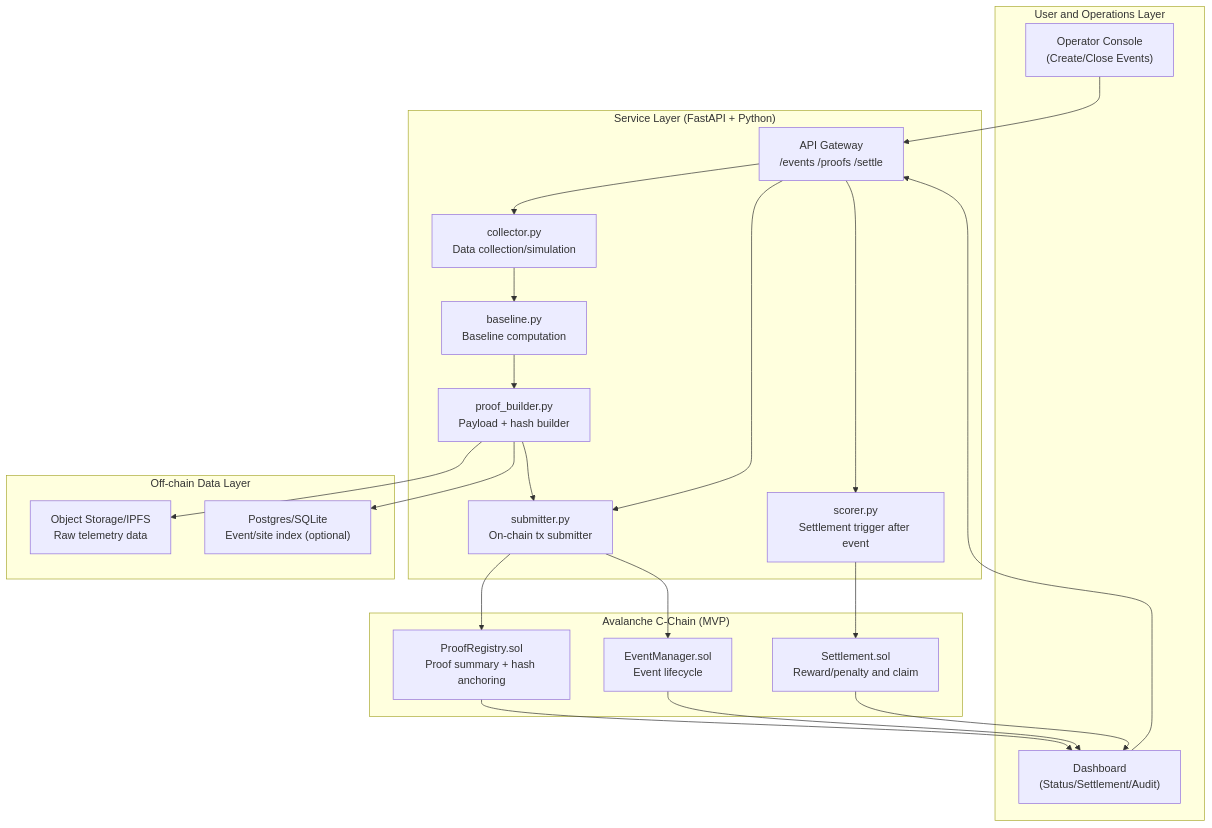
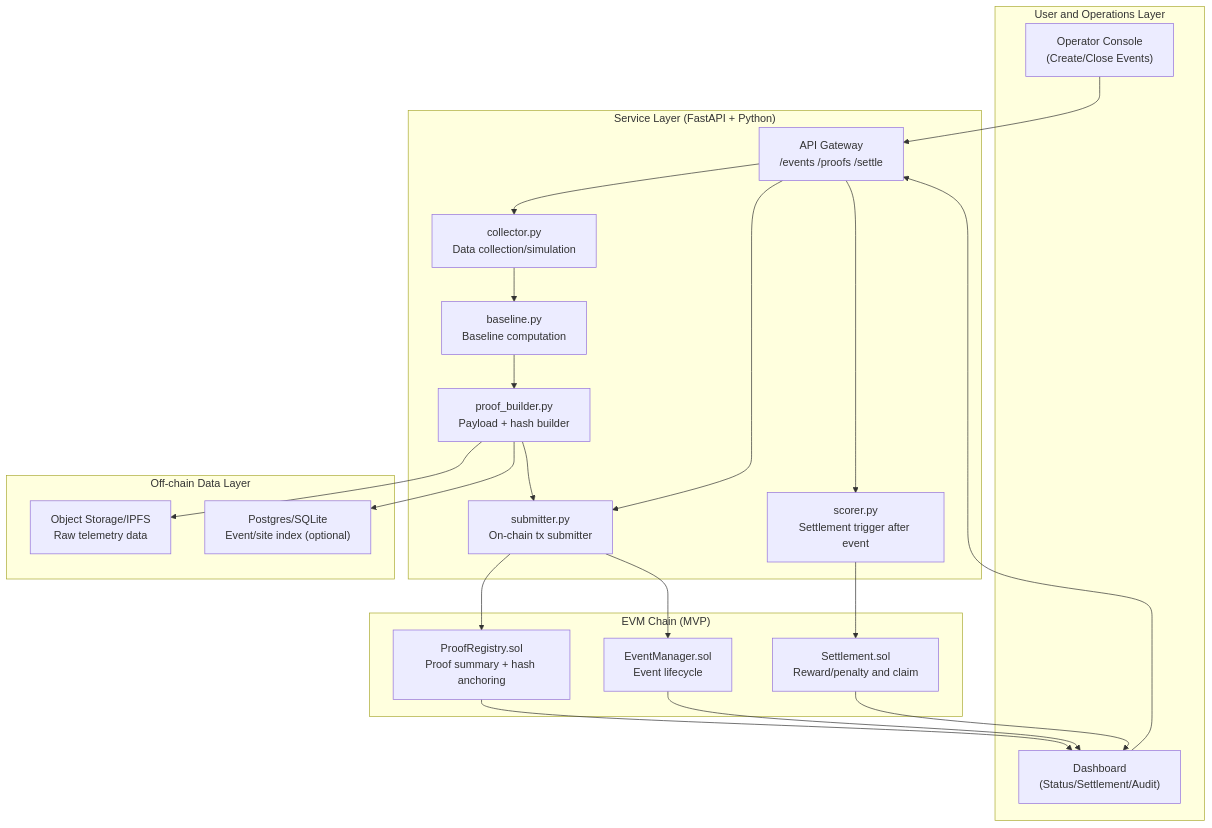
One commit to AIEnergyBlockchain/DR-Agent changed the first of 2 diagrams in README.md. Above: the diagram before and after it, drawn with Mermaid. The commit also changed other lines of this file and 13 other files, not shown here.

````diff
--- a/README.md
+++ b/README.md
@@ -332,39 +325,39 @@
 ```mermaid
 flowchart TB
     subgraph U["User and Operations Layer"]
         OP["Operator Console\n(Create/Close Events)"]
         DB["Dashboard\n(Status/Settlement/Audit)"]
     end
 
     subgraph S["Service Layer (FastAPI + Python)"]
         API["API Gateway\n/events /proofs /settle"]
         C["collector.py\nData collection/simulation"]
         B["baseline.py\nBaseline computation"]
         P["proof_builder.py\nPayload + hash builder"]
         SUB["submitter.py\nOn-chain tx submitter"]
         SC["scorer.py\nSettlement trigger after event"]
     end
 
     subgraph O["Off-chain Data Layer"]
         RAW["Object Storage/IPFS\nRaw telemetry data"]
         IDX["Postgres/SQLite\nEvent/site index (optional)"]
     end
 
-    subgraph A["Avalanche C-Chain (MVP)"]
+    subgraph A["EVM Chain (MVP)"]
         EM["EventManager.sol\nEvent lifecycle"]
         PR["ProofRegistry.sol\nProof summary + hash anchoring"]
         ST["Settlement.sol\nReward/penalty and claim"]
     end
 
     OP --> API
     DB --> API
     API --> C --> B --> P
     P --> RAW
     P --> IDX
     P --> SUB --> PR
     API --> SUB --> EM
     API --> SC --> ST
     ST --> DB
     EM --> DB
     PR --> DB
 ```
````
